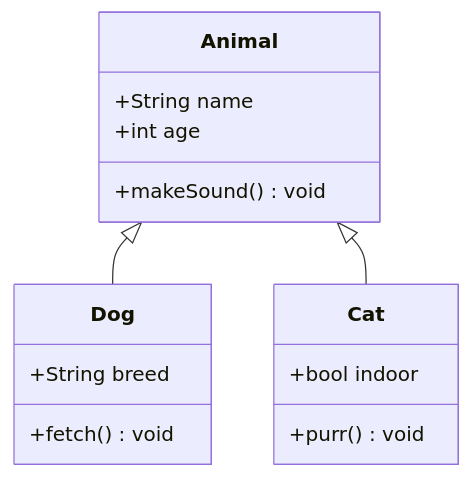
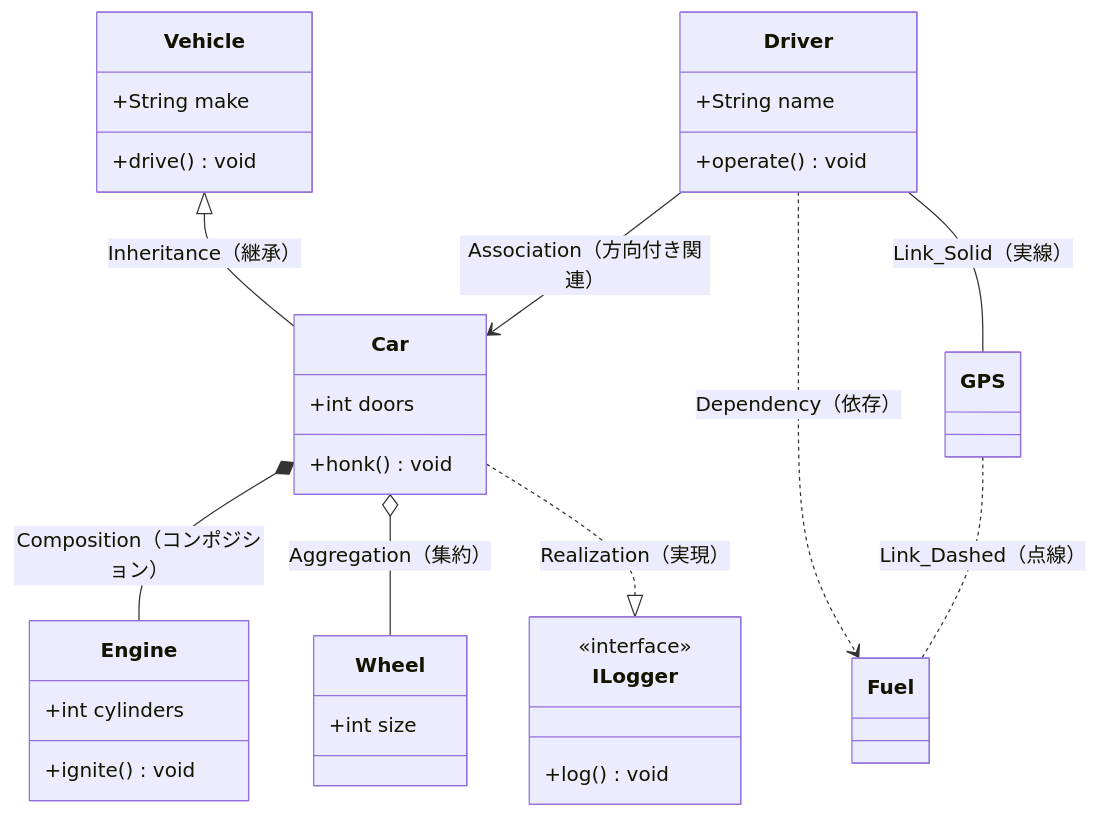
One commit to notfolder/qmd_to_pptx changed the fourth of 22 diagrams in tests/demo_full.qmd. Above: the diagram before and after it, drawn with Mermaid. The commit also changed other lines of this file and 1 other file, not shown here.

Commit message:
クラス図に全接続タイプを追加し、Vehicle、Car、Engine、Wheel、Driver、ILoggerのクラスを定義。継承、コンポジション、集約、関連、依存、実現を示す関係を明確化。

````diff
--- a/tests/demo_full.qmd
+++ b/tests/demo_full.qmd
@@ -116,18 +116,37 @@
 ```mermaid
 classDiagram
-    class Animal {
+    class Vehicle {
+        +String make
+        +drive() void
+    }
+    class Car {
+        +int doors
+        +honk() void
+    }
+    class Engine {
+        +int cylinders
+        +ignite() void
+    }
+    class Wheel {
+        +int size
+    }
+    class Driver {
         +String name
-        +int age
-        +makeSound() void
+        +operate() void
     }
-    class Dog {
-        +String breed
-        +fetch() void
+    class ILogger {
+        <<interface>>
+        +log() void
     }
-    class Cat {
-        +bool indoor
-        +purr() void
-    }
-    Animal <|-- Dog
-    Animal <|-- Cat
+    class Fuel
+    class GPS
+
+    Vehicle <|-- Car : Inheritance（継承）
+    Car *-- Engine : Composition（コンポジション）
+    Car o-- Wheel : Aggregation（集約）
+    Driver --> Car : Association（方向付き関連）
+    Driver -- GPS : Link_Solid（実線）
+    Driver ..> Fuel : Dependency（依存）
+    Car ..|> ILogger : Realization（実現）
+    GPS .. Fuel : Link_Dashed（点線）
 ```
````
